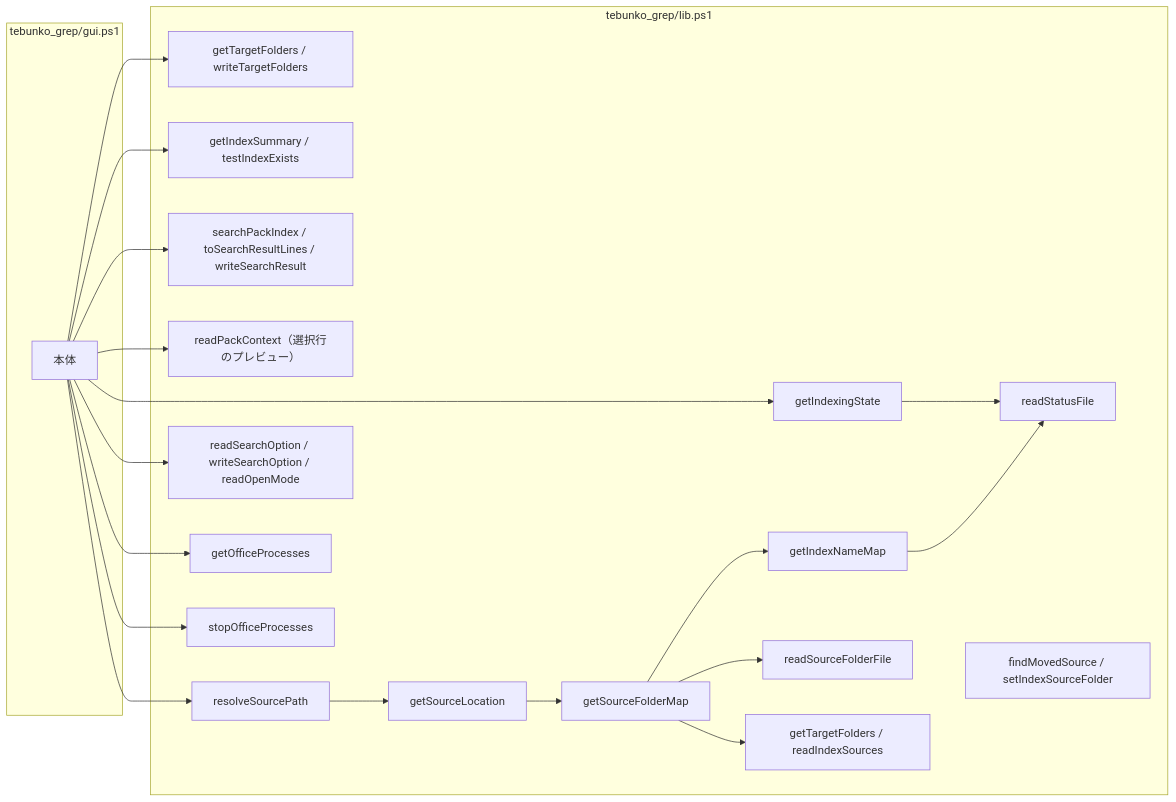
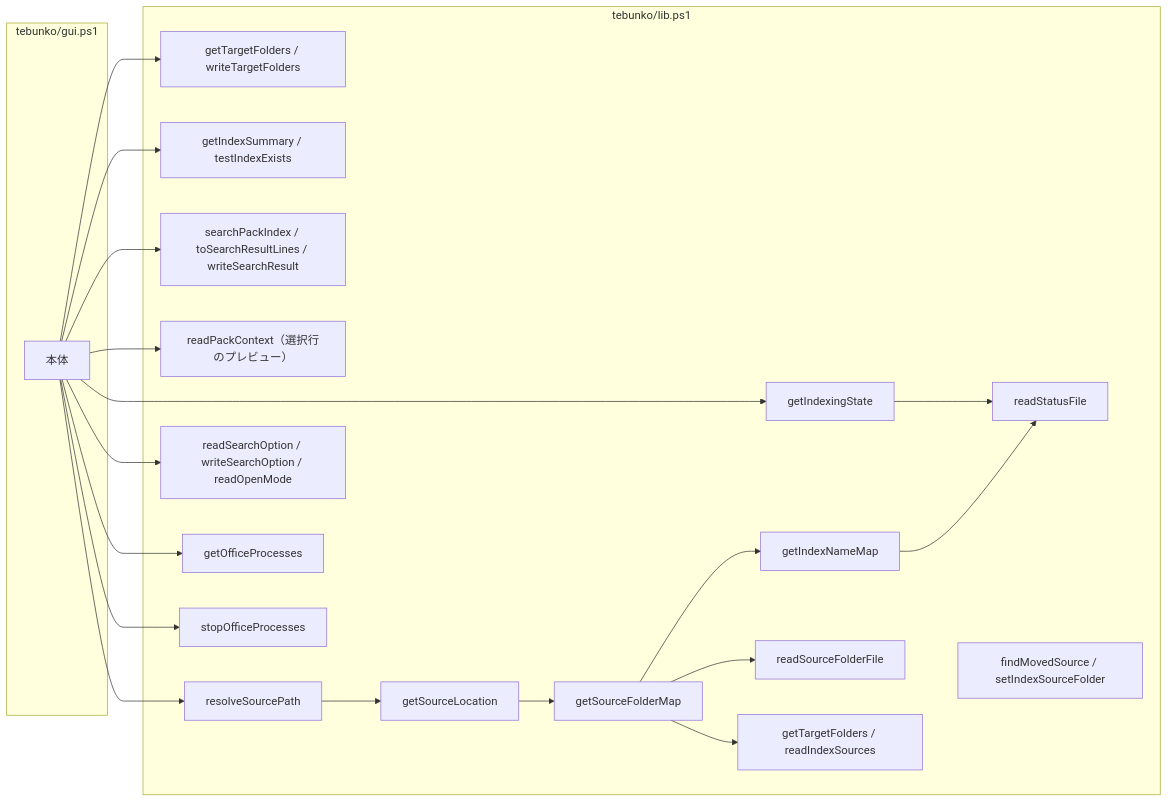
Before and after one commit to hsgwa/tebunko: the third of 3 diagrams in docs/00_共通_2_共通モジュール.md, drawn with Mermaid. The commit also changed other lines of this file and 169 other files, not shown here.

````diff
--- a/docs/00_共通_2_共通モジュール.md
+++ b/docs/00_共通_2_共通モジュール.md
@@ -271,22 +271,22 @@
 ```mermaid
 flowchart LR
-    subgraph GUI["tebunko_grep/gui.ps1"]
+    subgraph GUI["tebunko/gui.ps1"]
         G["本体"]
     end
-    subgraph CMS["tebunko_grep/lib.ps1"]
+    subgraph CMS["tebunko/lib.ps1"]
         TF["getTargetFolders / writeTargetFolders"]
         CS["getIndexingState"] --> RSF["readStatusFile"]
         SUM["getIndexSummary / testIndexExists"]
         SI["searchPackIndex / toSearchResultLines / writeSearchResult"]
         RPC["readPackContext（選択行のプレビュー）"]
         RSP["resolveSourcePath"] --> SL["getSourceLocation"] --> SFM["getSourceFolderMap"] --> INM["getIndexNameMap"] --> RSF
         SFM --> RSFF["readSourceFolderFile"]
         SFM --> TGT["getTargetFolders / readIndexSources"]
         RPL["findMovedSource / setIndexSourceFolder"]
         OPT["readSearchOption / writeSearchOption / readOpenMode"]
         GOP["getOfficeProcesses"]
         SOP["stopOfficeProcesses"]
     end
 
     G --> TF & CS & SUM & SI & RPC & RSP & OPT & GOP & SOP
 ```
````
